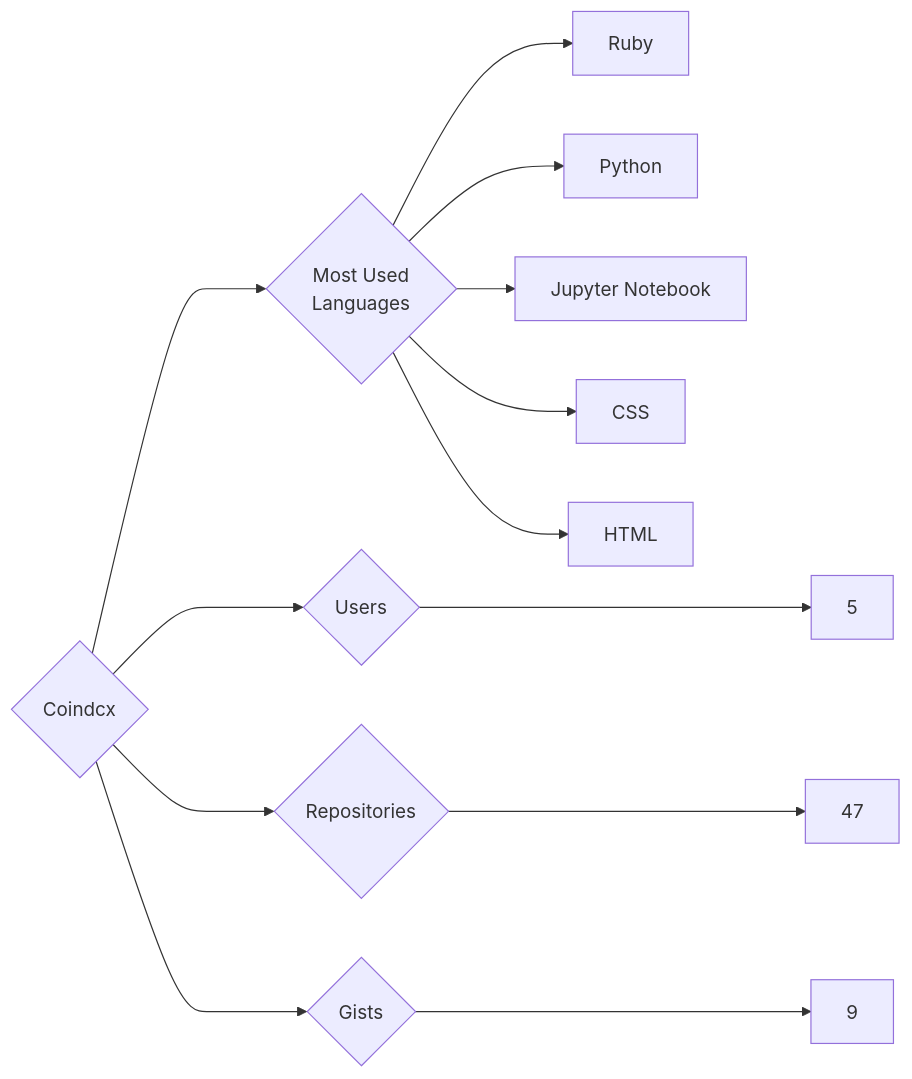
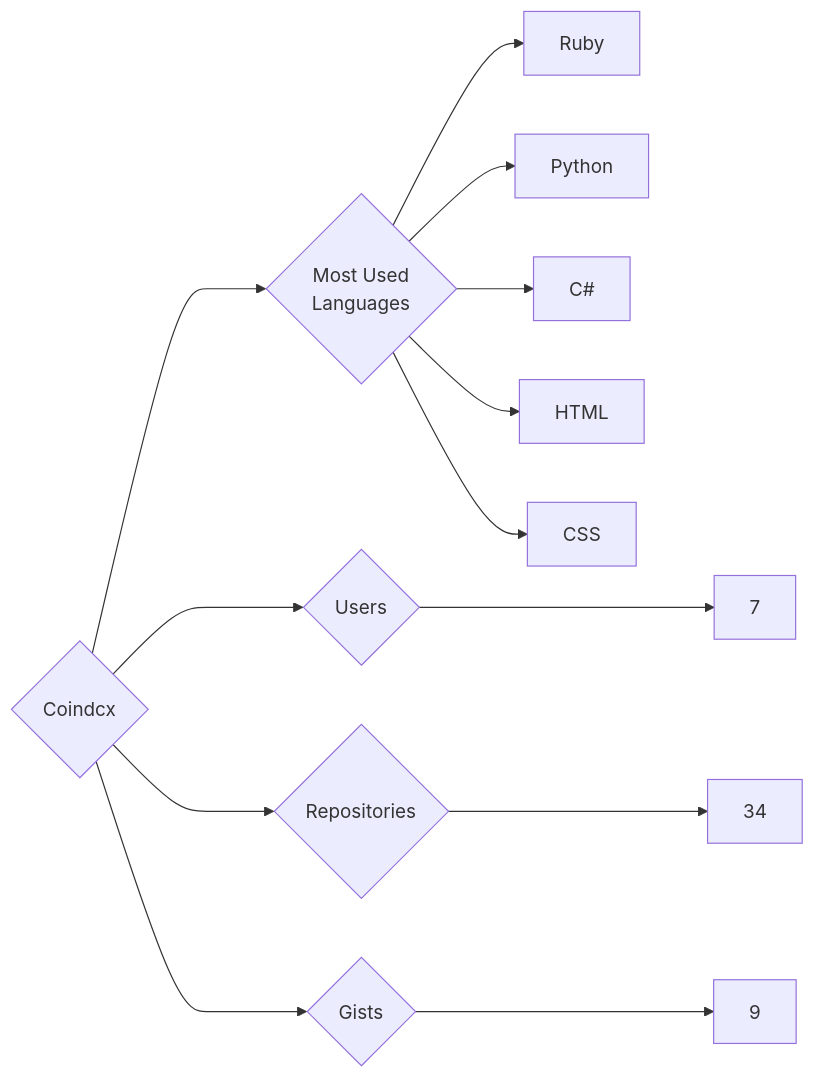
Before and after one commit to trickest/insiders: the diagram in targets/Coindcx/README.md, drawn with Mermaid. The commit also changed 988 other files, not shown here.

````diff
--- a/targets/Coindcx/README.md
+++ b/targets/Coindcx/README.md
@@ -3,13 +3,13 @@
 ```mermaid
 graph LR
 COMPANY_NAME{Coindcx}
-COMPANY_NAME ---> U{Users} ---> UN[5]
-COMPANY_NAME ---> R{Repositories} ---> RN[47]
+COMPANY_NAME ---> U{Users} ---> UN[7]
+COMPANY_NAME ---> R{Repositories} ---> RN[34]
 COMPANY_NAME ---> G{Gists} ---> GN[9]
 COMPANY_NAME ---> ML{Most Used<br>Languages}
 ML --> Ruby[Ruby]
 ML --> Python[Python]
-ML --> Jupyter_Notebook[Jupyter Notebook]
+ML --> C#[C#]
+ML --> HTML[HTML]
 ML --> CSS[CSS]
-ML --> HTML[HTML]
 ```
````
